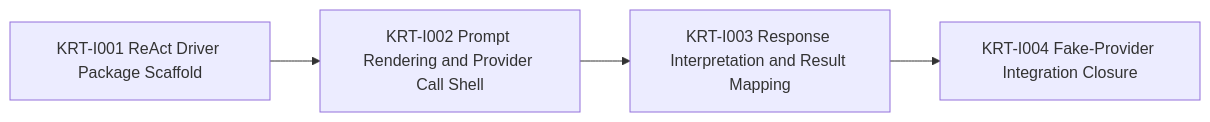
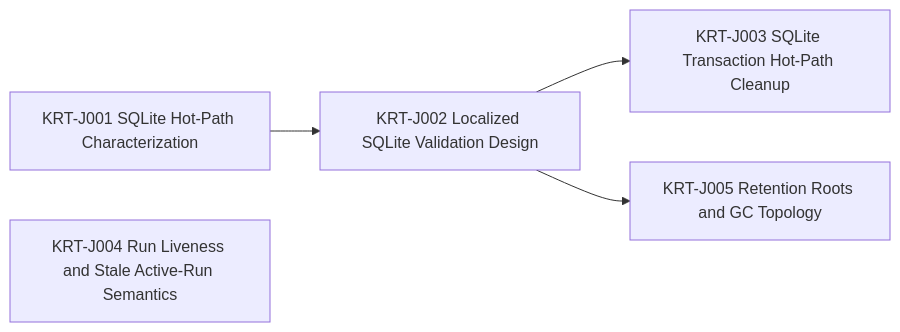
The diagram in constitution/Tasks.md (Tuvren/runtime), drawn with Mermaid before and after one commit. The commit also changed other lines of this file and 1 other file, not shown here.

````diff
--- a/constitution/Tasks.md
+++ b/constitution/Tasks.md
@@ -51,6 +54,7 @@
 ```mermaid
 flowchart LR
-  KRTI001[KRT-I001 ReAct Driver Package Scaffold] --> KRTI002[KRT-I002 Prompt Rendering and Provider Call Shell]
-  KRTI002 --> KRTI003[KRT-I003 Response Interpretation and Result Mapping]
-  KRTI003 --> KRTI004[KRT-I004 Fake-Provider Integration Closure]
+  KRTJ001[KRT-J001 SQLite Hot-Path Characterization] --> KRTJ002[KRT-J002 Localized SQLite Validation Design]
+  KRTJ002 --> KRTJ003[KRT-J003 SQLite Transaction Hot-Path Cleanup]
+  KRTJ002 --> KRTJ005[KRT-J005 Retention Roots and GC Topology]
+  KRTJ004[KRT-J004 Run Liveness and Stale Active-Run Semantics]
 ```
````
